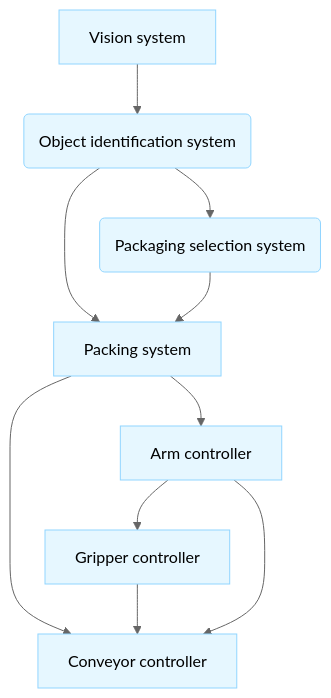
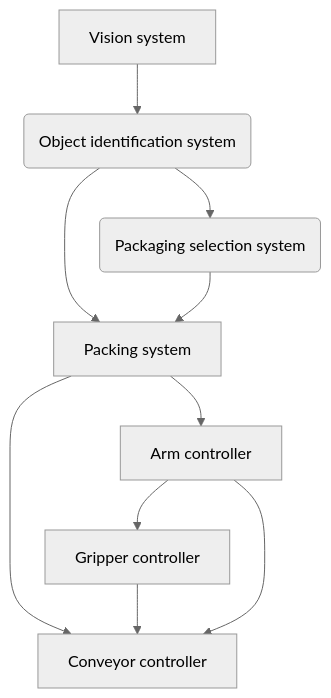
One commit to sujith-eag/sujith-library changed the diagram in docs/mca/se/u22/u1.md. Above: the diagram before and after it, drawn with Mermaid (neutral theme). The commit also changed 41 other files, not shown here.

First line of the commit message:
Refactor diagrams and remove redundant styles in documentation

````diff
--- a/docs/mca/se/u22/u1.md
+++ b/docs/mca/se/u22/u1.md
@@ -80,19 +80,16 @@
 ```mermaid
 flowchart TD
     V[Vision system] --> OI(Object identification system)
     OI --> PS(Packaging selection system)
 
     OI --> PKG[Packing system]
     PS --> PKG
 
     PKG --> AC[Arm controller]
     PKG --> CC[Conveyor controller]
 
     AC --> GC[Gripper controller]
     GC --> CC
 
     AC --> CC
-
-    classDef process fill:#e6f7ff,stroke:#91d5ff
-    class V,OI,PS,PKG,AC,CC,GC process
 ```
````
